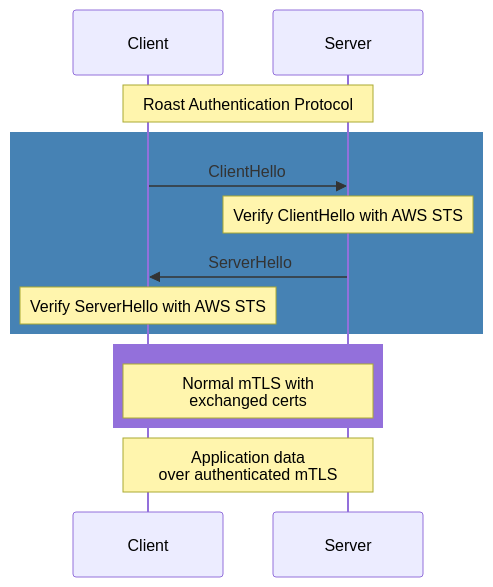
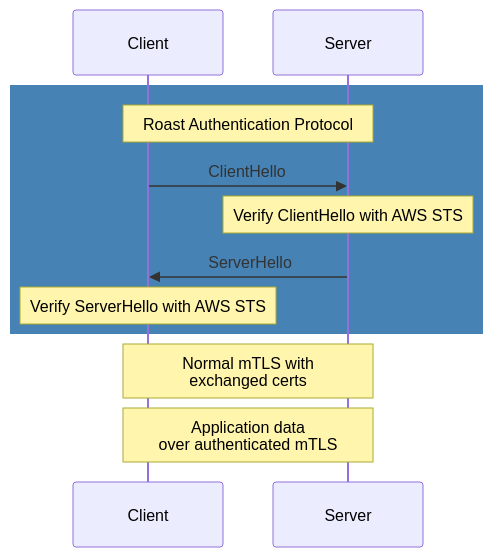
One commit to thomasdesr/roast changed the first of 2 diagrams in docs/protocol.md. Above: the diagram before and after it, drawn with Mermaid. The commit also changed other lines of this file, not shown here.

````diff
--- a/docs/protocol.md
+++ b/docs/protocol.md
@@ -64,23 +64,21 @@
 ```mermaid
 sequenceDiagram
     participant C as Client
     participant S as Server
 
-    Note over C,S: Roast Authentication Protocol
-
     rect rgb(70, 130, 180)
+        Note over C,S: Roast Authentication Protocol
+        
         C->>S: ClientHello
 
         Note over S: Verify ClientHello with AWS STS
         
         S->>C: ServerHello
 
         Note over C: Verify ServerHello with AWS STS
     end
 
-    rect rgb(147, 112, 219)
-        Note over C,S: Normal mTLS with<br/>exchanged certs
-    end
+    Note over C,S: Normal mTLS with<br/>exchanged certs
     
     Note over C,S: Application data<br/>over authenticated mTLS
 ```
````
